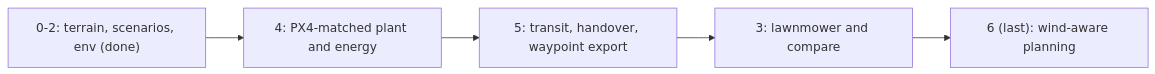
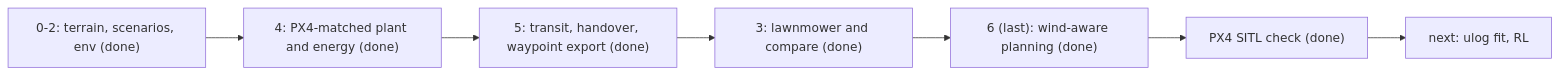
Before and after one commit to 21seok95/fixed_wing_search: the first of 3 diagrams in rl_search/PLAN.md, drawn with Mermaid. The commit also changed other lines of this file and 39 other files, not shown here.

Commit message:
Add rl_search stages 3-6: PX4-matched plant, waypoint handover, lawnmower/wind compare, and SITL check.

````diff
--- a/rl_search/PLAN.md
+++ b/rl_search/PLAN.md
@@ -55,7 +58,9 @@
 ```mermaid
 flowchart LR
-  S0["0-2: terrain, scenarios, env (done)"] --> S4["4: PX4-matched plant and energy"]
-  S4 --> S5["5: transit, handover, waypoint export"]
-  S5 --> S3["3: lawnmower and compare"]
-  S3 --> S6["6 (last): wind-aware planning"]
+  S0["0-2: terrain, scenarios, env (done)"] --> S4["4: PX4-matched plant and energy (done)"]
+  S4 --> S5["5: transit, handover, waypoint export (done)"]
+  S5 --> S3["3: lawnmower and compare (done)"]
+  S3 --> S6["6 (last): wind-aware planning (done)"]
+  S6 --> V["PX4 SITL check (done)"]
+  V --> N["next: ulog fit, RL"]
 ```
````
